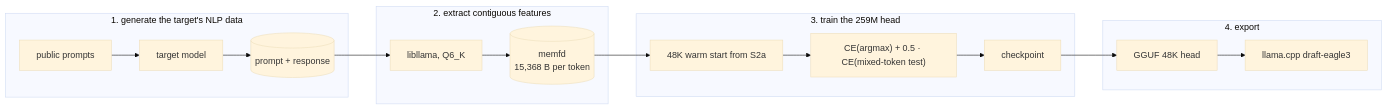
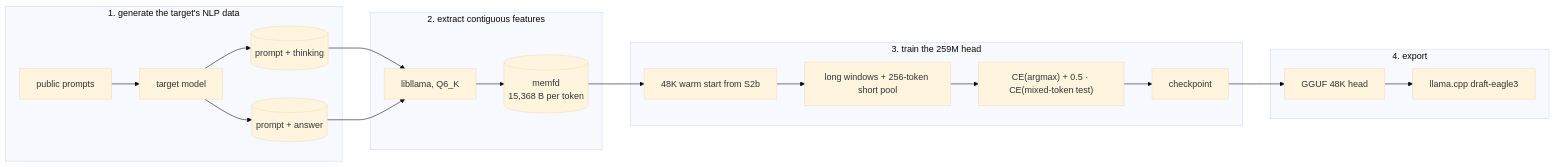
The diagram in README.md (TiaoFeng/spark-eagle3-forge), drawn with Mermaid (base theme) before and after one commit. The commit also changed other lines of this file and 2 other files, not shown here.

First line of the commit message:
docs: rewrite the front page for the S3 48K head

````diff
--- a/README.md
+++ b/README.md
@@ -52,20 +63,23 @@
 ```mermaid
 flowchart LR
     subgraph gen["1. generate the target's NLP data"]
         A[public prompts] --> B[target model]
-        B --> C[(prompt + response)]
+        B --> C[(prompt + thinking)]
+        B --> D[(prompt + answer)]
     end
     subgraph ext["2. extract contiguous features"]
-        C --> D[libllama, Q6_K]
-        D --> E[(memfd<br/>15,368 B per token)]
+        C --> E[libllama, Q6_K]
+        D --> E
+        E --> F[(memfd<br/>15,368 B per token)]
     end
     subgraph train["3. train the 259M head"]
-        E --> F[48K warm start from S2a]
-        F --> G["CE(argmax) + 0.5 · CE(mixed-token test)"]
-        G --> H[checkpoint]
+        F --> G["48K warm start from S2b"]
+        G --> H["long windows + 256-token short pool"]
+        H --> I["CE(argmax) + 0.5 · CE(mixed-token test)"]
+        I --> J[checkpoint]
     end
     subgraph export["4. export"]
-        H --> I[GGUF 48K head]
-        I --> J["llama.cpp draft-eagle3"]
+        J --> K[GGUF 48K head]
+        K --> L["llama.cpp draft-eagle3"]
     end
 ```
````
